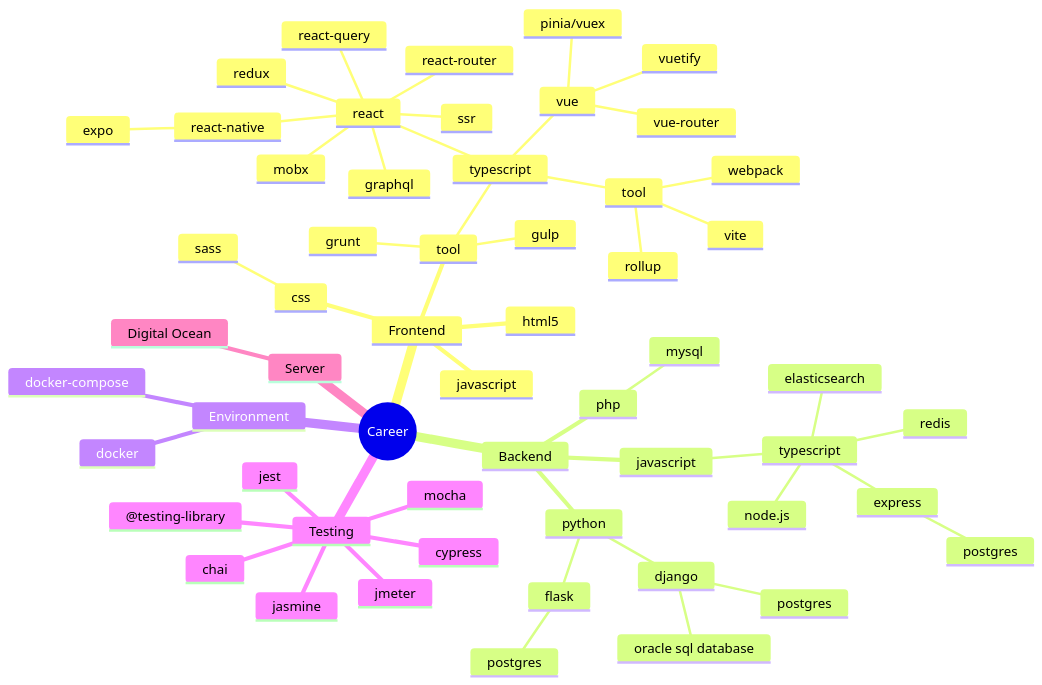
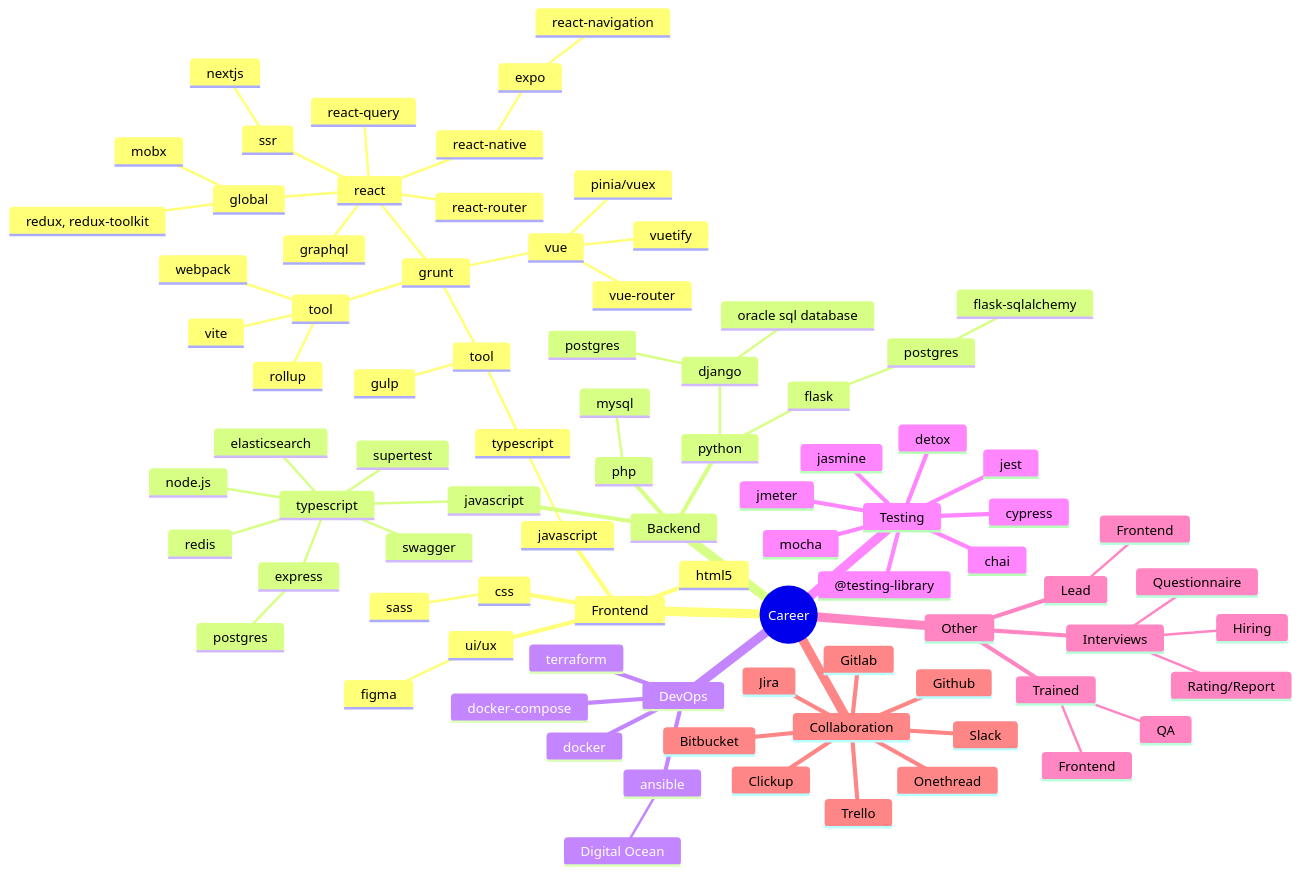
Before and after one commit to mp5maker/mp5maker: the diagram in highlight.md, drawn with Mermaid. The commit also changed 2 other files, not shown here.

Commit message:
:sparkles: feat: updated my career path

````diff
--- a/highlight.md
+++ b/highlight.md
@@ -2,6 +2,9 @@
 mindmap
 root((Career))
   Frontend
+    ui/ux
+      figma
+      ::icon(fa-brands fa-figma)
     html5
     ::icon(fa-brands fa-html5)
     css
@@ -10,29 +13,34 @@
       ::icon(fa-brands fa-sass)
     javascript
     ::icon(fa-brands fa-js)
-    tool
-      gulp
-      grunt
       typescript
         tool
-          webpack
-          rollup
-          vite
-        react
-        ::icon(fa-brands fa-react)
-          redux
-          mobx
-          react-router
-          react-query
-          react-native
-            expo
-          ssr
-          graphql
-        vue
-        ::icon(fa-brands fa-vuejs)
-          pinia/vuex
-          vue-router
-          vuetify
+          gulp
+          ::icon(fa-brands fa-gulp)
+          grunt
+            ::icon(fa-brands fa-grunt)
+            tool
+              webpack
+              rollup
+              vite
+            react
+            ::icon(fa-brands fa-react)
+              global
+                redux, redux-toolkit
+                mobx
+              react-router
+              react-query
+              ssr
+                nextjs
+              graphql
+              react-native
+                expo
+                  react-navigation
+            vue
+            ::icon(fa-brands fa-vuejs)
+              pinia/vuex
+              vue-router
+              vuetify
 
   Backend
     javascript
@@ -45,11 +53,14 @@
           ::icon(fa-solid fa-database)
         redis
         elasticsearch
+        swagger
+        supertest
     python
     ::icon(fa-brands fa-python)
       flask
           postgres
           ::icon(fa-solid fa-database)
+            flask-sqlalchemy
       django
           postgres
           ::icon(fa-solid fa-database)
@@ -60,9 +71,15 @@
       mysql
       ::icon(fa-solid fa-database)
 
-  Environment
+  DevOps
     docker
+    ::icon(fa-brands fa-docker)
     docker-compose
+    ::icon(fa-brands fa-docker)
+    terraform
+    ansible
+      Digital Ocean
+      ::icon(fa-brands fa-digital-ocean)
 
   Testing
     jasmine
@@ -72,7 +89,27 @@
     @testing-library
     cypress
     jmeter
+    detox
 
-  Server
-    Digital Ocean
+  Other
+    Interviews
+      Hiring
+      Rating/Report
+      Questionnaire
+    Lead
+      Frontend
+    Trained
+      Frontend
+      QA
+
+  Collaboration
+    Clickup
+    Jira
+    Slack
+    Onethread
+    Trello
+    Github
+    ::icon(fa-brands fa-git)
+    Gitlab
+    Bitbucket
 ```
````
